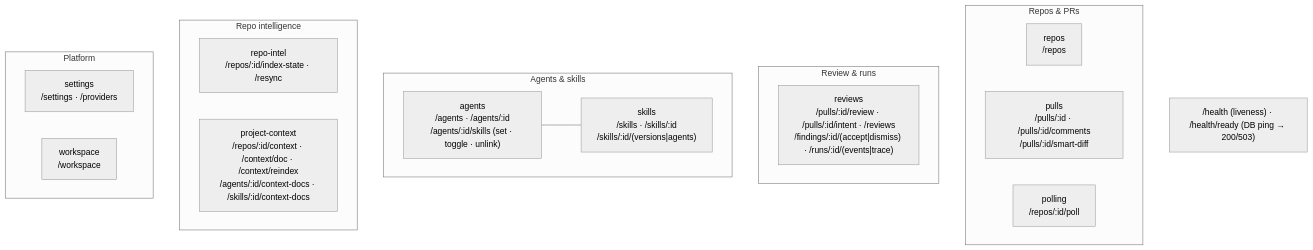
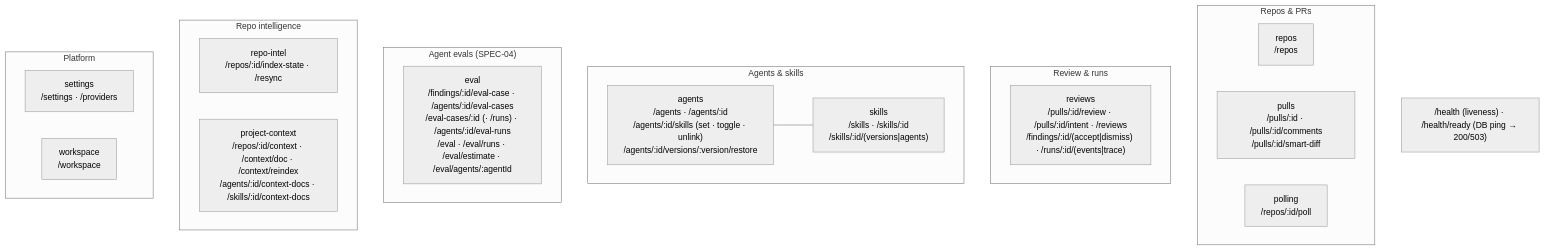
The second of 2 diagrams in server/README.md (KyryloMyronov/dev-digest), drawn with Mermaid (neutral theme) before and after one commit. The commit also changed other lines of this file and 167 other files, not shown here.

````diff
--- a/server/README.md
+++ b/server/README.md
@@ -64,25 +64,28 @@
 ```mermaid
 flowchart TB
   subgraph Repos_PRs["Repos & PRs"]
     repos["repos<br/>/repos"]
     pulls["pulls<br/>/pulls/:id · /pulls/:id/comments<br/>/pulls/:id/smart-diff"]
     polling["polling<br/>/repos/:id/poll"]
   end
   subgraph Review["Review & runs"]
     reviews["reviews<br/>/pulls/:id/review · /pulls/:id/intent · /reviews<br/>/findings/:id/(accept|dismiss) · /runs/:id/(events|trace)"]
   end
   subgraph Agents["Agents & skills"]
-    agents["agents<br/>/agents · /agents/:id<br/>/agents/:id/skills (set · toggle · unlink)"]
+    agents["agents<br/>/agents · /agents/:id<br/>/agents/:id/skills (set · toggle · unlink)<br/>/agents/:id/versions/:version/restore"]
     skills["skills<br/>/skills · /skills/:id<br/>/skills/:id/(versions|agents)"]
     agents --- skills
+  end
+  subgraph Eval["Agent evals (SPEC-04)"]
+    evalMod["eval<br/>/findings/:id/eval-case · /agents/:id/eval-cases<br/>/eval-cases/:id (· /runs) · /agents/:id/eval-runs<br/>/eval · /eval/runs · /eval/estimate · /eval/agents/:agentId"]
   end
   subgraph Intel["Repo intelligence"]
     repoIntel["repo-intel<br/>/repos/:id/index-state · /resync"]
     projectCtx["project-context<br/>/repos/:id/context · /context/doc · /context/reindex<br/>/agents/:id/context-docs · /skills/:id/context-docs"]
   end
   subgraph Platform["Platform"]
     settings["settings<br/>/settings · /providers"]
     workspace["workspace<br/>/workspace"]
   end
   HEALTH["/health (liveness) · /health/ready (DB ping → 200/503)"]
 ```
````
